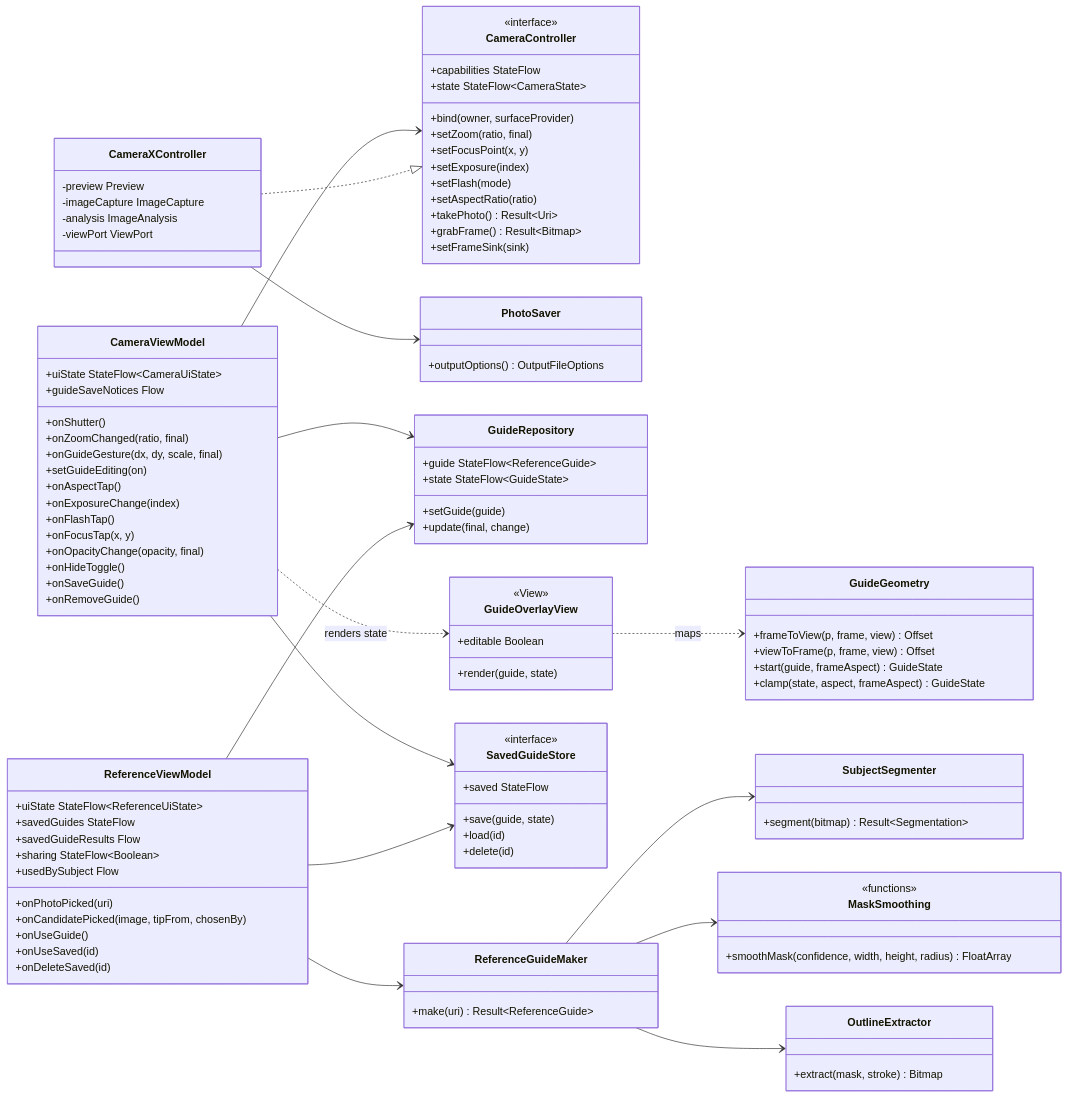
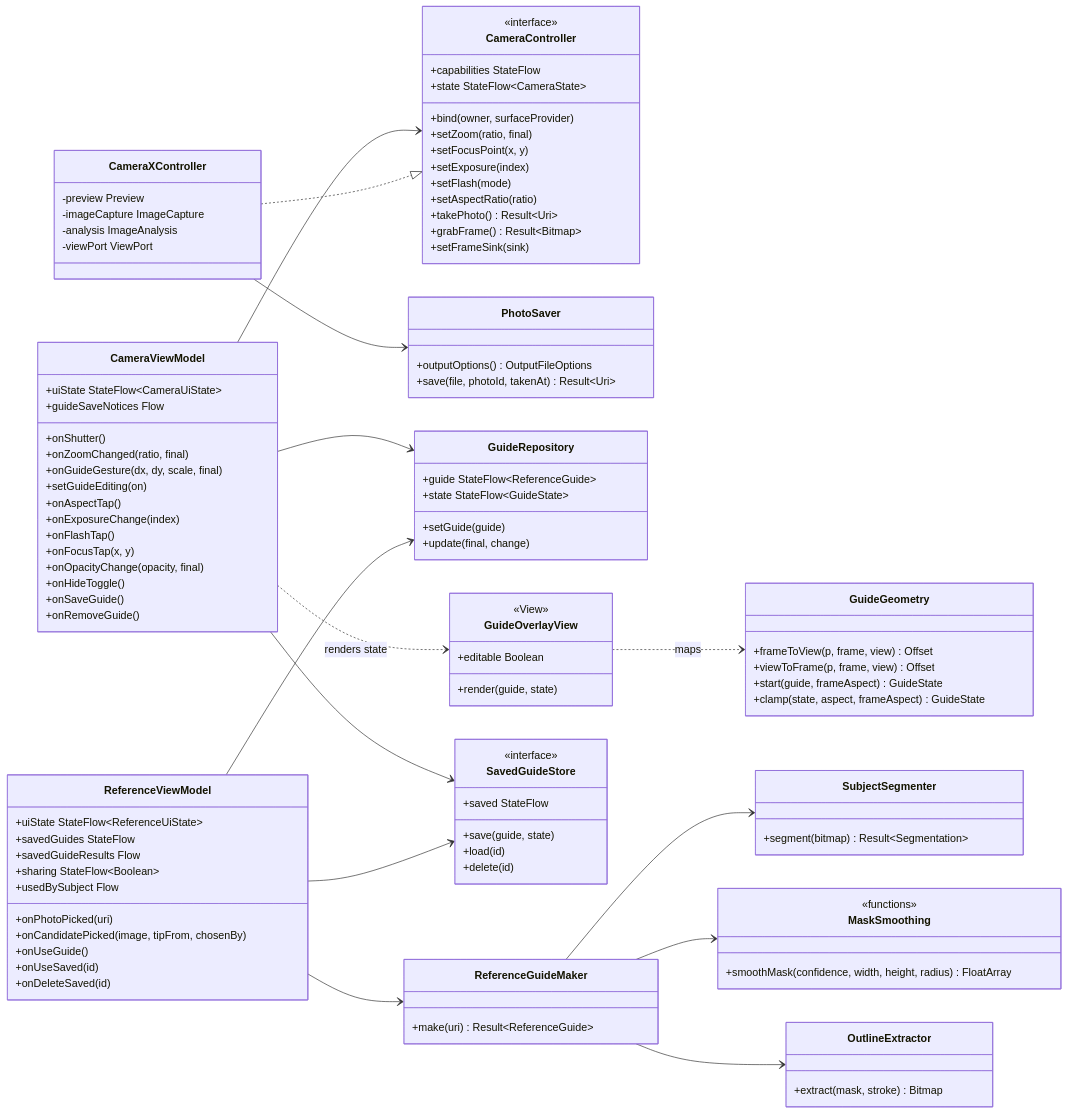
The sixth of 12 diagrams in wiki/Design-Documentation.md (snuhcs-course/swpp-2026-project-team-10), drawn with Mermaid before and after one commit. The commit also changed other lines of this file and 33 other files, not shown here.

```diff
--- a/wiki/Design-Documentation.md
+++ b/wiki/Design-Documentation.md
@@ -538,6 +539,7 @@
   }
   class PhotoSaver {
     +outputOptions() OutputFileOptions
+    +save(file, photoId, takenAt) Result~Uri~
   }
   class GuideRepository {
     +guide StateFlow~ReferenceGuide~
```
